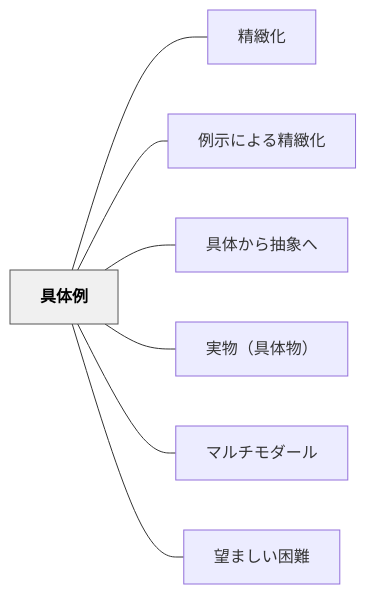
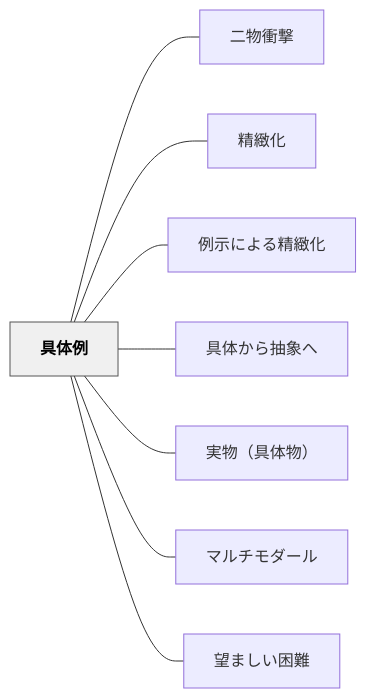
Before and after one commit to unknownthings-ed-patterns/unknownthings-ed-patterns: the diagram in content/パタン/具体例.md, drawn with Mermaid. The commit also changed other lines of this file and 185 other files, not shown here.

````diff
--- a/content/パタン/具体例.md
+++ b/content/パタン/具体例.md
@@ -168,20 +169,22 @@
 ```mermaid
 flowchart LR
     ne585b7e4bd93e4be8b["具体例"]
+    ne4ba8ce789a9e8a19de69283["二物衝撃"]
     ne7b2bee7b7bbe58c96["精緻化"]
     ne4be8be7a4bae381abe38288e3828be7b2bee7b7bbe58c96["例示による精緻化"]
     ne585b7e4bd93e3818be38289e68abde8b1a1e381b8["具体から抽象へ"]
     ne5ae9fe789a9efbc88e585b7e4bd93e789a9efbc89["実物（具体物）"]
     ne3839ee383abe38381e383a2e38380e383bce383ab["マルチモダール"]
     ne69c9be381bee38197e38184e59bb0e99ba3["望ましい困難"]
 
+    ne585b7e4bd93e4be8b --- ne4ba8ce789a9e8a19de69283
     ne585b7e4bd93e4be8b --- ne7b2bee7b7bbe58c96
     ne585b7e4bd93e4be8b --- ne4be8be7a4bae381abe38288e3828be7b2bee7b7bbe58c96
     ne585b7e4bd93e4be8b --- ne585b7e4bd93e3818be38289e68abde8b1a1e381b8
     ne585b7e4bd93e4be8b --- ne5ae9fe789a9efbc88e585b7e4bd93e789a9efbc89
     ne585b7e4bd93e4be8b --- ne3839ee383abe38381e383a2e38380e383bce383ab
     ne585b7e4bd93e4be8b --- ne69c9be381bee38197e38184e59bb0e99ba3
 
     classDef hub fill:#f0f0f0,stroke:#555,color:#000,font-weight:bold
     class ne585b7e4bd93e4be8b hub
 ```
````
